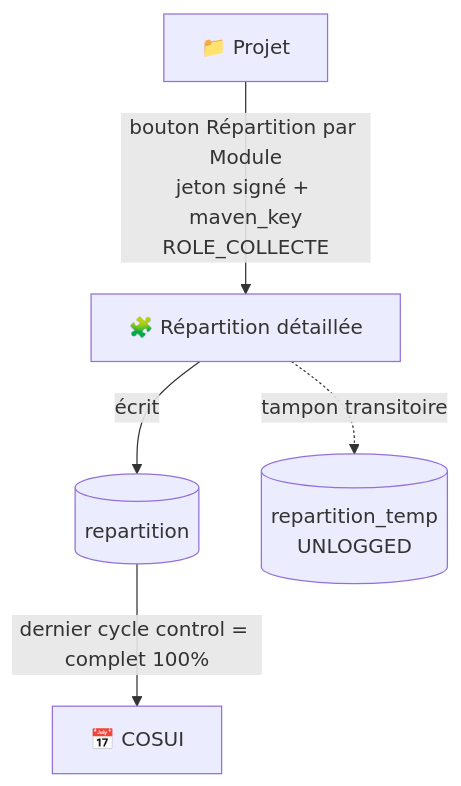
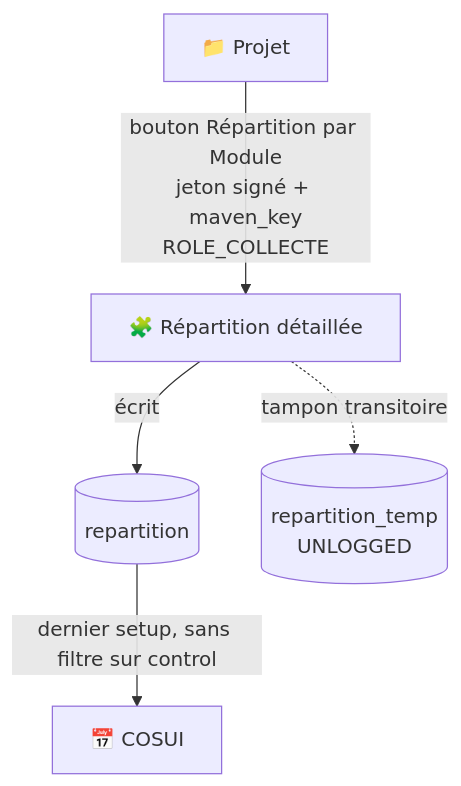
The first of 2 diagrams in mkDocs/docs/ma-moulinette/application/repartition_details.md (Laurent-hadjadj/ma-moulinette), drawn with Mermaid before and after one commit. The commit also changed other lines of this file and 16 other files, not shown here.

First line of the commit message:
Fix: Filtrage par groupe fonctionnel sur Suivi/COSUI + corrections diverses (contentType, double-slash SonarQube, graphique versions choisies)

````diff
--- a/mkDocs/docs/ma-moulinette/application/repartition_details.md
+++ b/mkDocs/docs/ma-moulinette/application/repartition_details.md
@@ -11,7 +11,7 @@
 ```mermaid
 flowchart TD
     Proj[📁 Projet] -->|"bouton Répartition par Module"<br/>jeton signé + maven_key<br/>ROLE_COLLECTE| Repart[🧩 Répartition détaillée]
     Repart -->|"écrit"| Tab[(repartition)]
-    Tab -->|"dernier cycle control = complet 100%"| Cosui[📅 COSUI]
+    Tab -->|"dernier setup, sans filtre sur control"| Cosui[📅 COSUI]
     Repart -.->|"tampon transitoire"| Temp[(repartition_temp<br/>UNLOGGED)]
 ```
````
